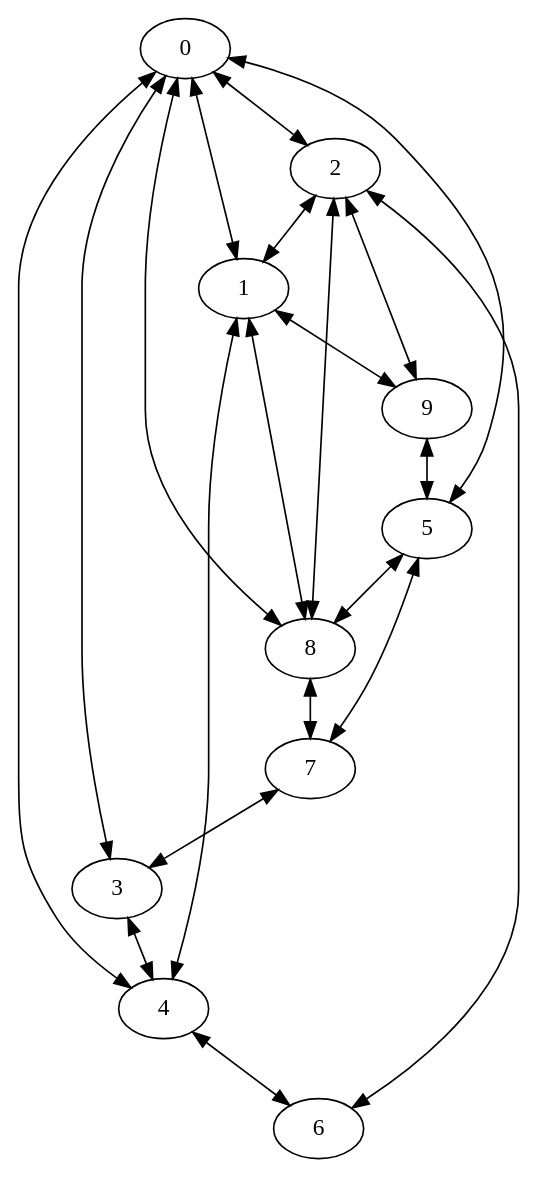
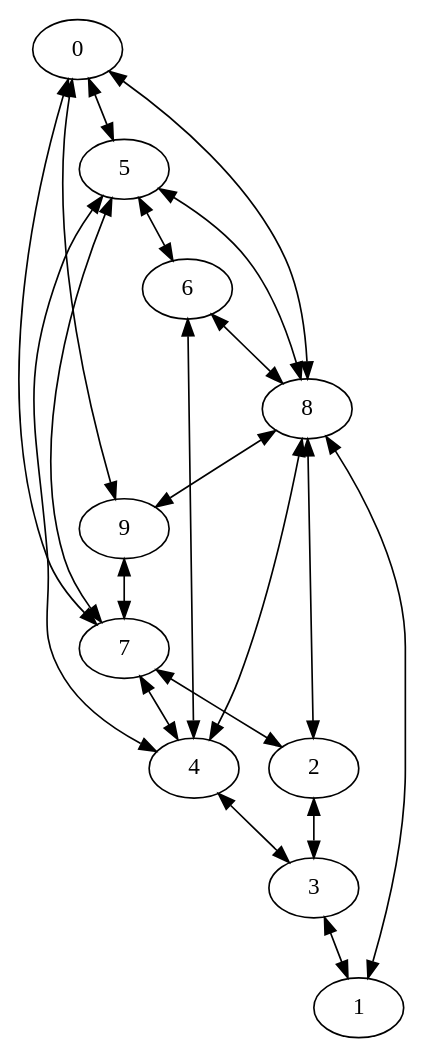
The diagram in Cities.gv (JacobStadler/city), drawn with Graphviz before and after one commit. The commit also changed 1 other file, not shown here.

```diff
--- a/Cities.gv
+++ b/Cities.gv
@@ -1,32 +1,32 @@
 digraph Cities {
 	0 [label=0]
 	1 [label=1]
 	2 [label=2]
 	3 [label=3]
 	4 [label=4]
 	5 [label=5]
 	6 [label=6]
 	7 [label=7]
 	8 [label=8]
 	9 [label=9]
+	7 -> 0 [dir=both]
 	8 -> 0 [dir=both]
-	1 -> 0 [dir=both]
-	4 -> 1 [dir=both]
-	2 -> 1 [dir=both]
-	0 -> 2 [dir=both]
+	8 -> 1 [dir=both]
+	3 -> 1 [dir=both]
 	8 -> 2 [dir=both]
-	7 -> 3 [dir=both]
-	0 -> 3 [dir=both]
-	3 -> 4 [dir=both]
-	0 -> 4 [dir=both]
-	9 -> 5 [dir=both]
+	7 -> 2 [dir=both]
+	2 -> 3 [dir=both]
+	4 -> 3 [dir=both]
+	8 -> 4 [dir=both]
+	7 -> 4 [dir=both]
 	0 -> 5 [dir=both]
-	2 -> 6 [dir=both]
+	4 -> 5 [dir=both]
+	5 -> 6 [dir=both]
 	4 -> 6 [dir=both]
 	5 -> 7 [dir=both]
-	8 -> 7 [dir=both]
+	9 -> 7 [dir=both]
 	5 -> 8 [dir=both]
-	1 -> 8 [dir=both]
-	1 -> 9 [dir=both]
-	2 -> 9 [dir=both]
+	6 -> 8 [dir=both]
+	8 -> 9 [dir=both]
+	0 -> 9 [dir=both]
 }
```
